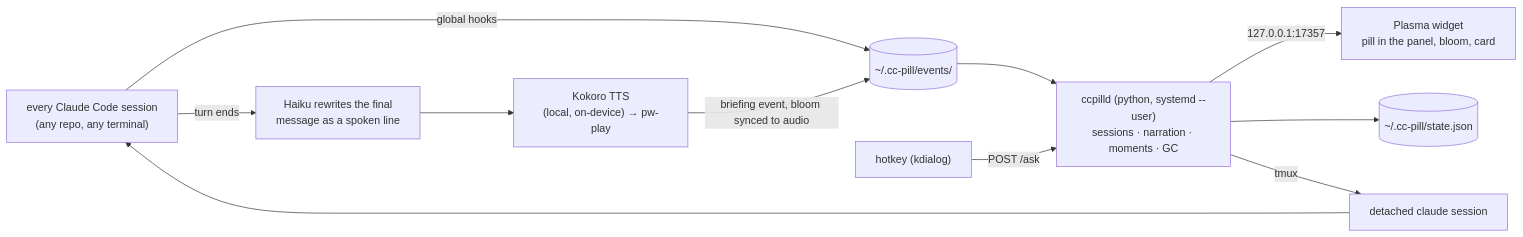
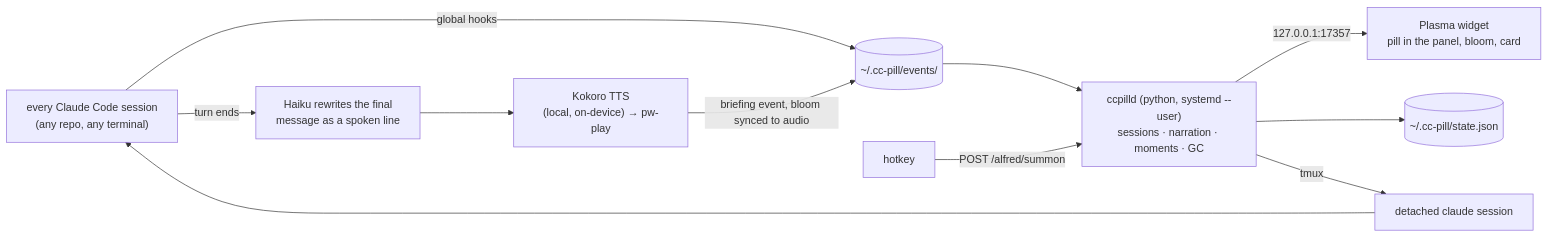
Before and after one commit to ambasoma/cc-pill: the diagram in README.md, drawn with Mermaid. The commit also changed other lines of this file and 1 other file, not shown here.

First line of the commit message:
Document Alfred and the new hotkey

````diff
--- a/README.md
+++ b/README.md
@@ -211,13 +226,13 @@
 ```mermaid
 flowchart LR
     S["every Claude Code session<br/>(any repo, any terminal)"] -- "global hooks" --> E[("~/.cc-pill/events/")]
     E --> D["ccpilld (python, systemd --user)<br/>sessions · narration · moments · GC"]
     D -- "127.0.0.1:17357" --> W["Plasma widget<br/>pill in the panel, bloom, card"]
     D --> J[("~/.cc-pill/state.json")]
     S -- "turn ends" --> H["Haiku rewrites the final<br/>message as a spoken line"]
     H --> K["Kokoro TTS<br/>(local, on-device) → pw-play"]
     K -- "briefing event, bloom synced to audio" --> E
-    A["hotkey (kdialog)"] -- "POST /ask" --> D
+    A["hotkey"] -- "POST /alfred/summon" --> D
     D -- "tmux" --> T["detached claude session"]
     T --> S
 ```
````
